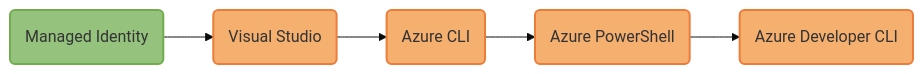
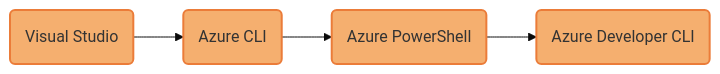
Before and after one commit to dotnet/docs: the diagram in docs/azure/sdk/media/mermaidjs/DefaultAzureCredentialExcludes.md, drawn with Mermaid. The commit also changed 5 other files, not shown here.

Commit message:
Diagram updates

````diff
--- a/docs/azure/sdk/media/mermaidjs/DefaultAzureCredentialExcludes.md
+++ b/docs/azure/sdk/media/mermaidjs/DefaultAzureCredentialExcludes.md
@@ -6,24 +6,23 @@
 ```mermaid
 %% STEPS TO GENERATE IMAGE
 %% =======================
 %% 1. Install mermaid CLI v10.9.1 (see https://github.com/mermaid-js/mermaid-cli/blob/master/README.md):
 %%    npm i -g @mermaid-js/mermaid-cli@10.9.1
 %% 2. Run command: mmdc -i DefaultAzureCredentialExcludes.md -o ../../media/mermaidjs/DefaultAzureCredentialExcludes.svg
 
 %%{
   init: {
     'theme': 'base',
     'themeVariables': {
       'tertiaryBorderColor': '#fff',
       'tertiaryColor': '#fff'
     }
   }
 }%%
 
 flowchart LR;
-    C(Managed Identity):::deployed --> D(Visual Studio):::developer --> E(Azure CLI):::developer --> F(Azure PowerShell):::developer --> G(Azure Developer CLI):::developer;
+    D(Visual Studio):::developer --> E(Azure CLI):::developer --> F(Azure PowerShell):::developer --> G(Azure Developer CLI):::developer;
 
     %% Define styles for credential type boxes
-    classDef deployed fill:#95C37E, stroke:#71AD4C, stroke-width:2px;
     classDef developer fill:#F5AF6F, stroke:#EB7C39, stroke-width:2px;
 ```
````
